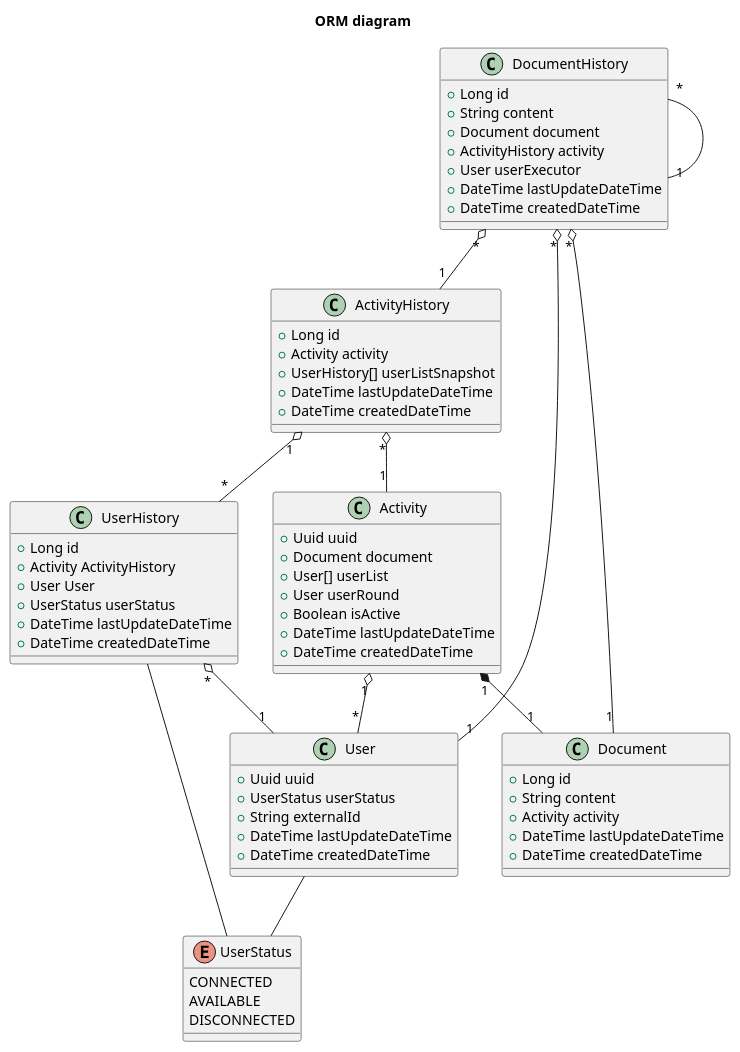
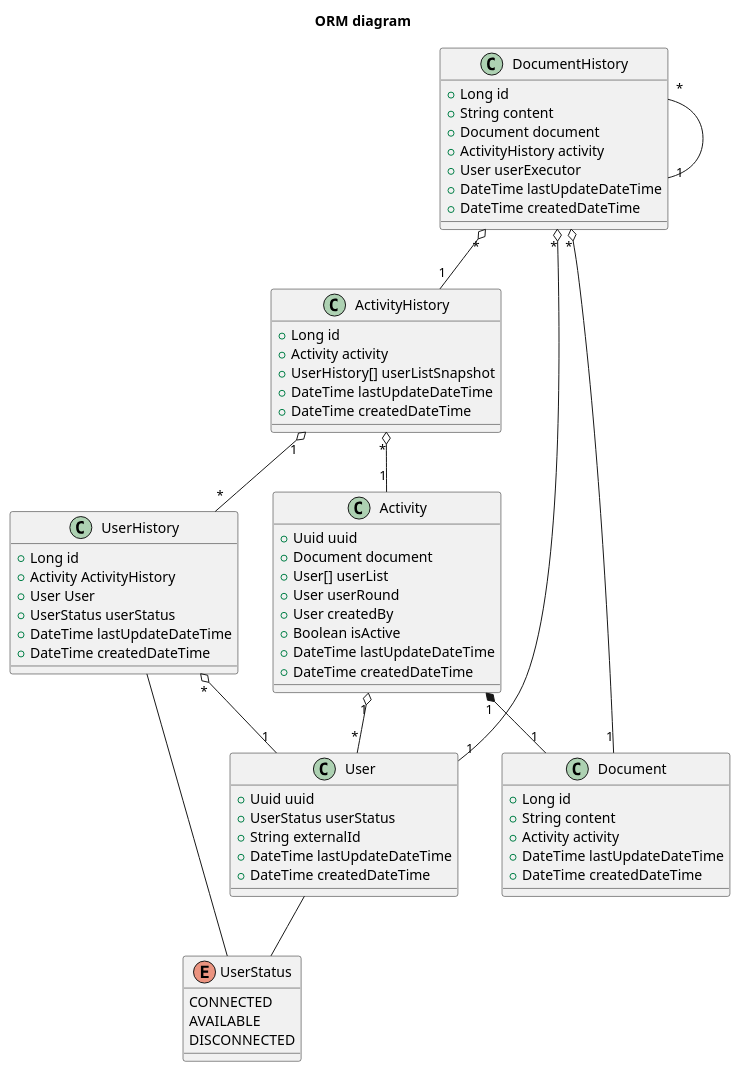
The diagram in docs/diagrams/class/ORM.wsd (orion-services/Activity), drawn with PlantUML before and after one commit.

Commit message:
#18 update ORM due activity entity

```diff
--- a/docs/diagrams/class/ORM.wsd
+++ b/docs/diagrams/class/ORM.wsd
@@ -1,82 +1,83 @@
 @startuml ORM
   title "ORM diagram"
   ' ------ CLASS DECLARATION ------
   class Activity {
     +Uuid uuid
     +Document document
     +User[] userList
     +User userRound
+    +User createdBy
     +Boolean isActive
     +DateTime lastUpdateDateTime
     +DateTime createdDateTime
   }
 
   class Document {
     +Long id
     +String content
     +Activity activity
     +DateTime lastUpdateDateTime
     +DateTime createdDateTime
   }
 
   class DocumentHistory {
     +Long id
     +String content
     +Document document
     +ActivityHistory activity
     +User userExecutor
     +DateTime lastUpdateDateTime
     +DateTime createdDateTime
   }
 
   class ActivityHistory {
     +Long id
     +Activity activity
     +UserHistory[] userListSnapshot
     +DateTime lastUpdateDateTime
     +DateTime createdDateTime
   }
 
   class UserHistory {
     +Long id
     +Activity ActivityHistory
     +User User
     +UserStatus userStatus
     +DateTime lastUpdateDateTime
     +DateTime createdDateTime
   }
 
   class User {
     +Uuid uuid
     +UserStatus userStatus
     +String externalId
     +DateTime lastUpdateDateTime
     +DateTime createdDateTime
   }
 
   enum UserStatus {
     CONNECTED
     AVAILABLE
     DISCONNECTED
   }
   ' ------ END CLASS DECLARATION ------
   ' -----------------------------------
   ' ------ RELATION DECLARATIONS ------
   User -- UserStatus
 
   Activity "1" o-- "*"User
   Activity "1" *-- "1" Document
 
   ActivityHistory "*" o-- "1" Activity
   ActivityHistory "1" o-- "*" UserHistory
 
   DocumentHistory "*" o-- "1" Document
   DocumentHistory "*" o-- "1" User
   DocumentHistory "*" o-- "1" ActivityHistory
   DocumentHistory "*" O-- "1" DocumentHistory
 
   UserHistory "*" o-- "1" User
   UserHistory -- UserStatus
 
   ' ------ END RELATION DECLARATIONS ------
 @enduml
```
